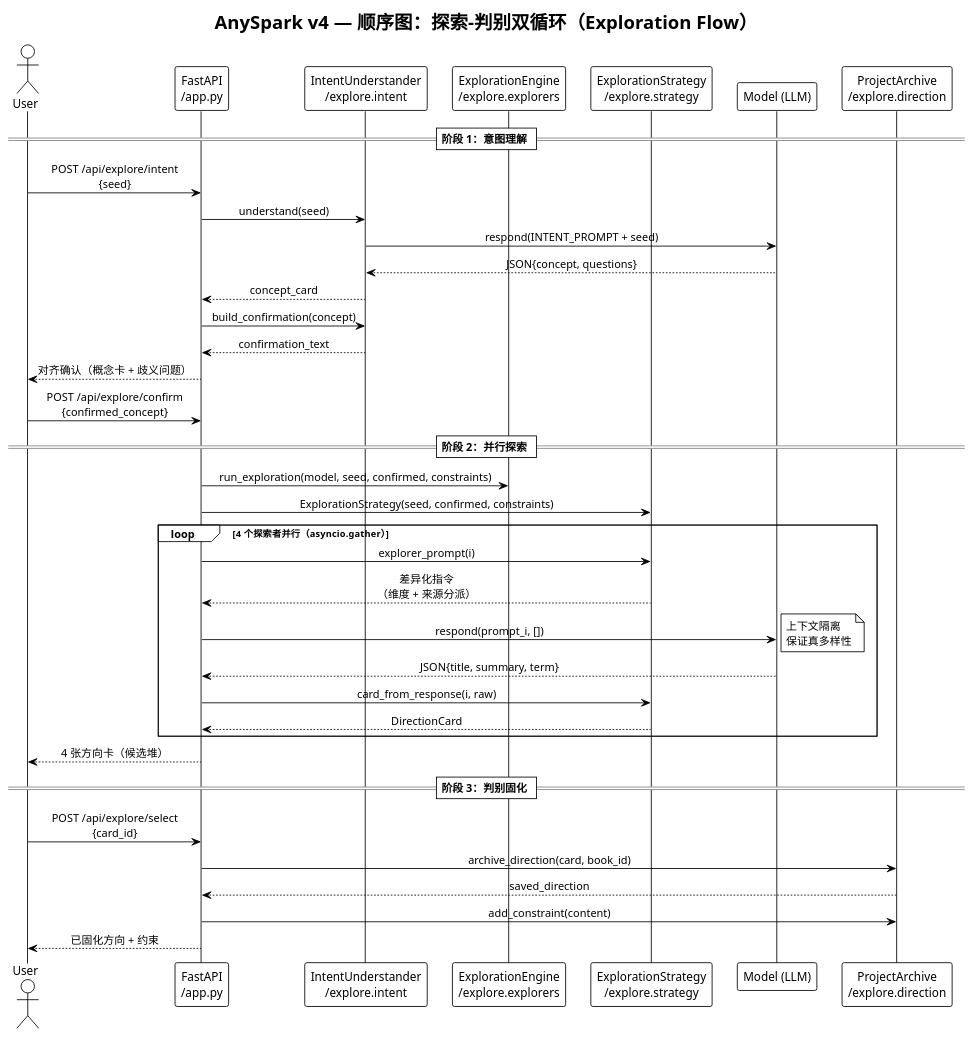
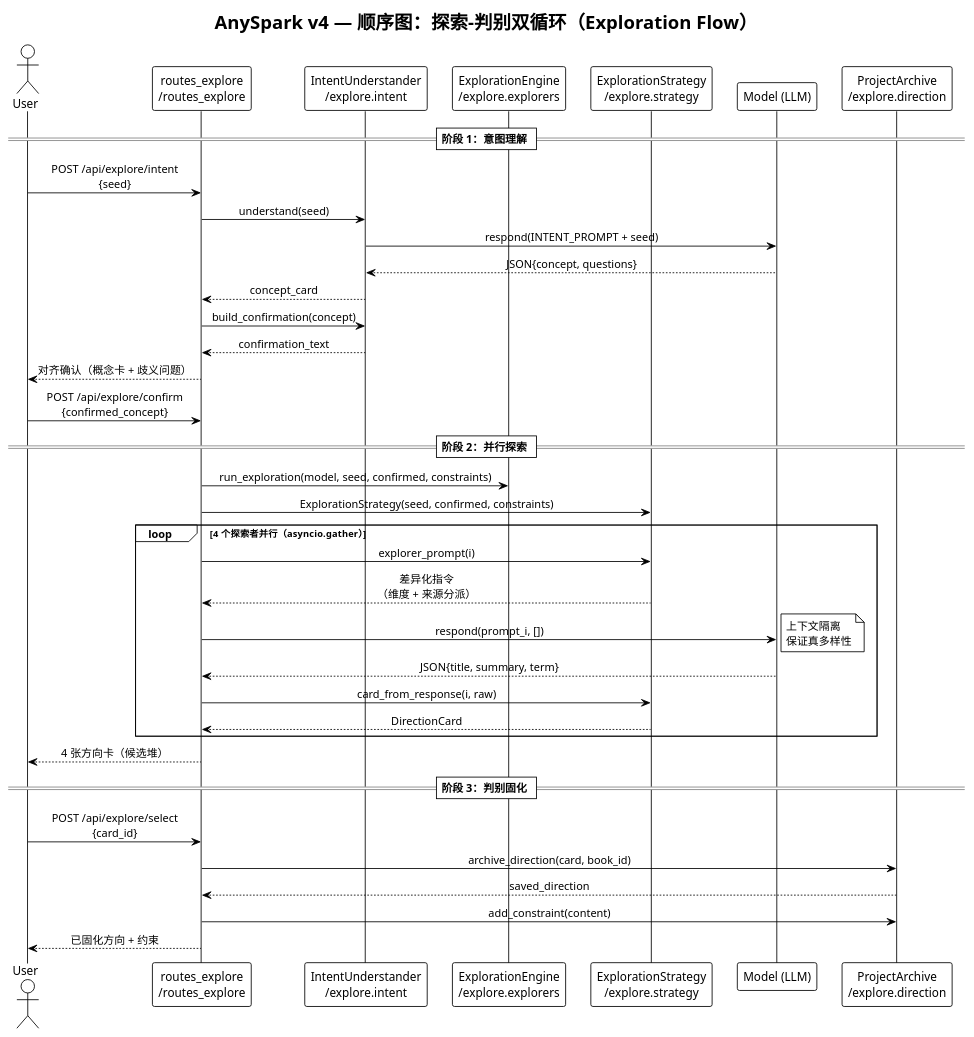
Before and after one commit to Mikexujunrui/AnySpark: the diagram in docs/uml/sequence_explore.puml, drawn with PlantUML. The commit also changed 8 other files, not shown here.

First line of the commit message:
S84: 有向逻辑图全集——补 5 张新图 + 修 3 张旧图（新 AI 可看图懂系统运作）

```diff
--- a/docs/uml/sequence_explore.puml
+++ b/docs/uml/sequence_explore.puml
@@ -1,49 +1,49 @@
 @startuml AnySpark v4 - Sequence: Exploration Flow
 !theme plain
 title AnySpark v4 — 顺序图：探索-判别双循环（Exploration Flow）
 skinparam sequenceMessageAlign center
 
 actor User
-participant "FastAPI\n/app.py" as API
+participant "routes_explore\n/routes_explore" as API
 participant "IntentUnderstander\n/explore.intent" as Intent
 participant "ExplorationEngine\n/explore.explorers" as Engine
 participant "ExplorationStrategy\n/explore.strategy" as Strategy
 participant "Model (LLM)" as LLM
 participant "ProjectArchive\n/explore.direction" as Archive
 
 == 阶段 1：意图理解 ==
 User -> API: POST /api/explore/intent\n{seed}
 API -> Intent: understand(seed)
 Intent -> LLM: respond(INTENT_PROMPT + seed)
 LLM --> Intent: JSON{concept, questions}
 Intent --> API: concept_card
 API -> Intent: build_confirmation(concept)
 Intent --> API: confirmation_text
 API --> User: 对齐确认（概念卡 + 歧义问题）
 
 User -> API: POST /api/explore/confirm\n{confirmed_concept}
 
 == 阶段 2：并行探索 ==
 API -> Engine: run_exploration(model, seed, confirmed, constraints)
 API -> Strategy: ExplorationStrategy(seed, confirmed, constraints)
 
 loop 4 个探索者并行（asyncio.gather）
   API -> Strategy: explorer_prompt(i)
   Strategy --> API: 差异化指令\n（维度 + 来源分派）
   API -> LLM: respond(prompt_i, [])
   note right: 上下文隔离\n保证真多样性
   LLM --> API: JSON{title, summary, term}
   API -> Strategy: card_from_response(i, raw)
   Strategy --> API: DirectionCard
 end
 
 API --> User: 4 张方向卡（候选堆）
 
 == 阶段 3：判别固化 ==
 User -> API: POST /api/explore/select\n{card_id}
 API -> Archive: archive_direction(card, book_id)
 Archive --> API: saved_direction
 API -> Archive: add_constraint(content)
 API --> User: 已固化方向 + 约束
 
 @enduml
```
